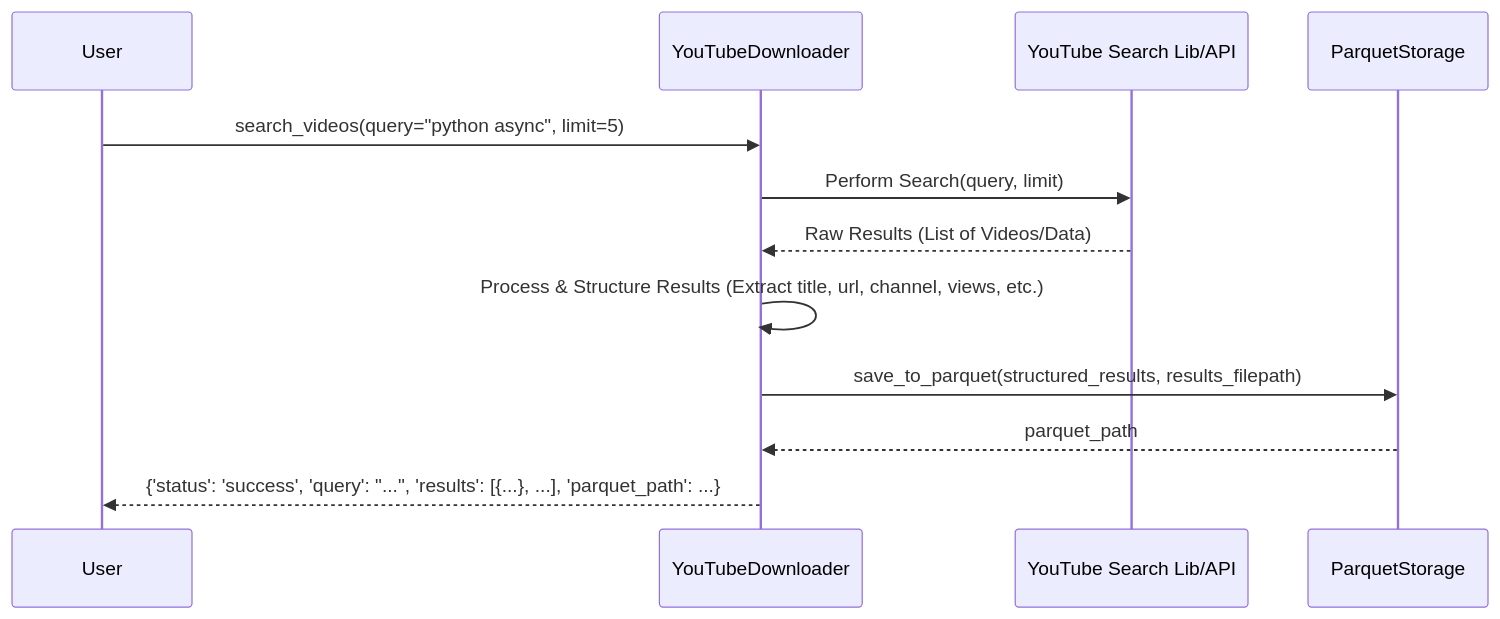
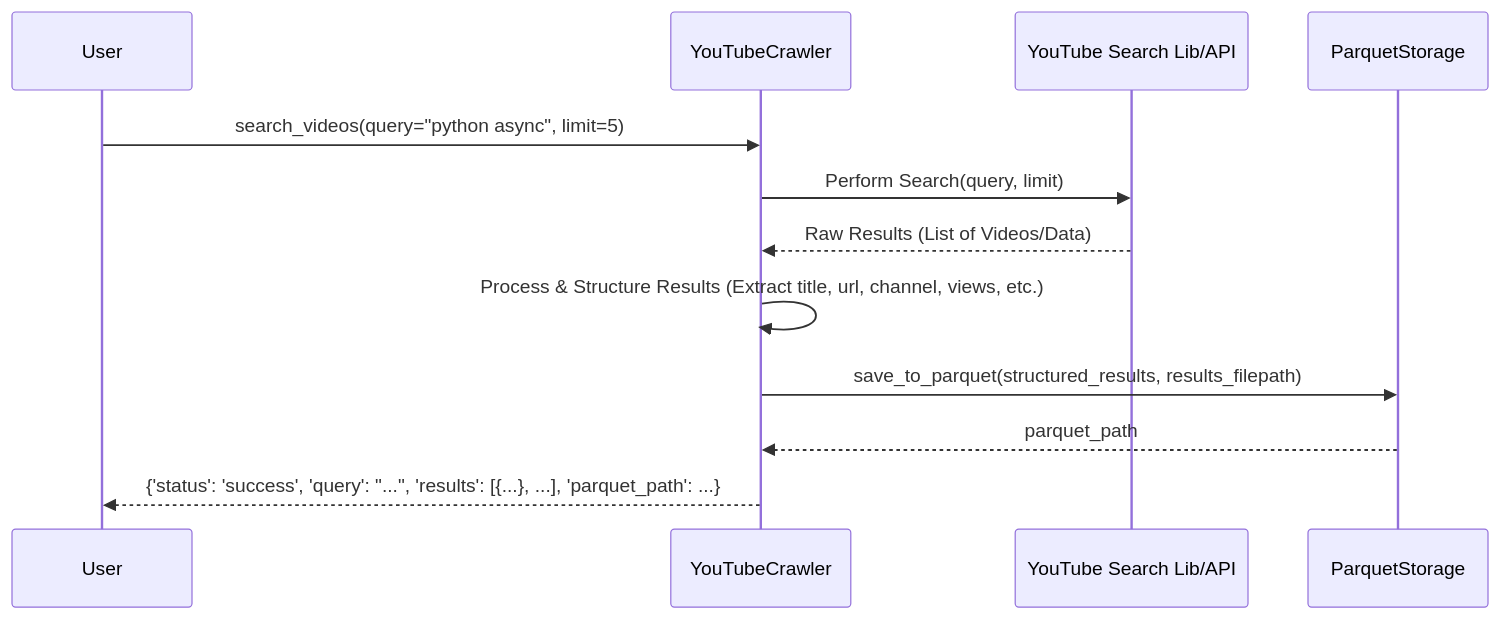
The eighth of 25 diagrams in docs/Crawlers.md (Ollama-Agent-Roll-Cage/oarc-crawlers), drawn with Mermaid before and after one commit. The commit also changed other lines of this file and 6 other files, not shown here.

````diff
--- a/docs/Crawlers.md
+++ b/docs/Crawlers.md
@@ -287,15 +288,15 @@
 ```mermaid
 sequenceDiagram
     participant User
-    participant YTD as YouTubeDownloader
+    participant YTD as YouTubeCrawler
     participant SearchLib as YouTube Search Lib/API
     participant ParquetStore as ParquetStorage
 
     User->>YTD: search_videos(query="python async", limit=5)
     YTD->>SearchLib: Perform Search(query, limit)
     SearchLib-->>YTD: Raw Results (List of Videos/Data)
     YTD->>YTD: Process & Structure Results (Extract title, url, channel, views, etc.)
     YTD->>ParquetStore: save_to_parquet(structured_results, results_filepath)
     ParquetStore-->>YTD: parquet_path
     YTD-->>User: {'status': 'success', 'query': "...", 'results': [{...}, ...], 'parquet_path': ...}
 ```
````
